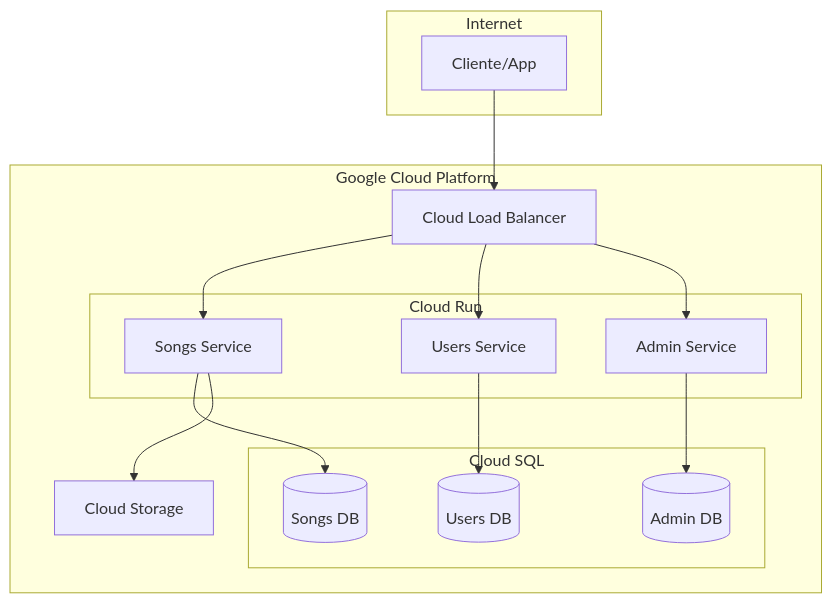
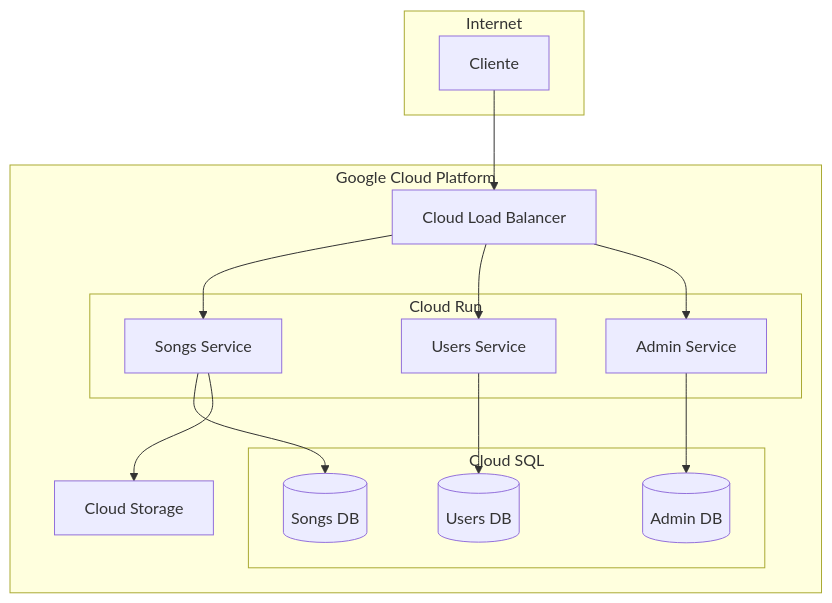
One commit to Melodia-FIUBA/docs changed the second of 5 diagrams in docs/architecture.md. Above: the diagram before and after it, drawn with Mermaid. The commit also changed other lines of this file and 17 other files, not shown here.

````diff
--- a/docs/architecture.md
+++ b/docs/architecture.md
@@ -73,33 +93,33 @@
 ```mermaid
 graph TB
     subgraph "Internet"
-        Client[Cliente/App]
+        Client[Cliente]
     end
-    
+
     subgraph "Google Cloud Platform"
         LB[Cloud Load Balancer]
-        
+
         subgraph "Cloud Run"
             Songs[Songs Service]
             Users[Users Service]
-            Admin[Admin Service]
+            AdminSvc[Admin Service]
         end
-        
+
         subgraph "Cloud SQL"
             SongsDB[(Songs DB)]
             UsersDB[(Users DB)]
             AdminDB[(Admin DB)]
         end
-        
+
         GCS[Cloud Storage]
     end
-    
+
     Client --> LB
     LB --> Songs
     LB --> Users
-    LB --> Admin
+    LB --> AdminSvc
     Songs --> SongsDB
     Songs --> GCS
     Users --> UsersDB
-    Admin --> AdminDB
+    AdminSvc --> AdminDB
 ```
````
